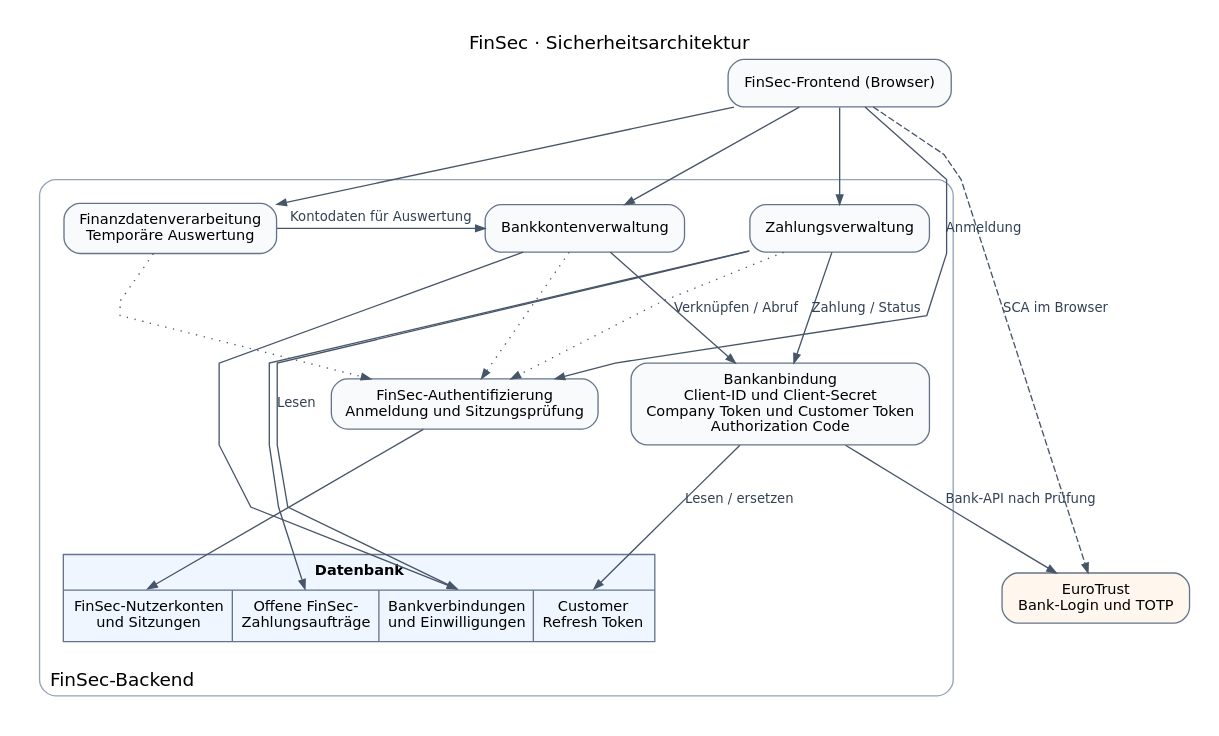
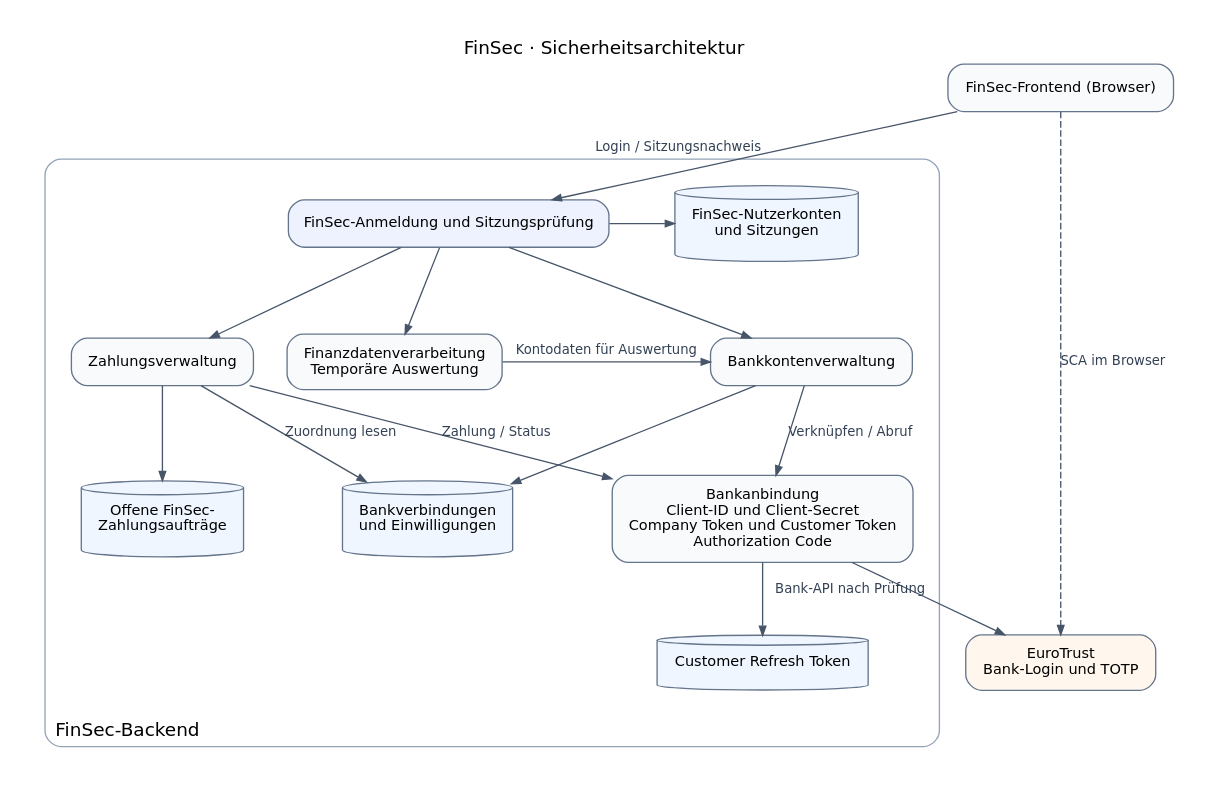
Before and after one commit to niklas9234/sichso_work: the diagram in docs/diagramme/3.1-security-architecture.dot, drawn with Graphviz. The commit also changed 5 other files, not shown here.

Commit message:
Simplify FinSec architecture layout and clarify session flow

```diff
--- a/docs/diagramme/3.1-security-architecture.dot
+++ b/docs/diagramme/3.1-security-architecture.dot
@@ -1,61 +1,50 @@
-digraph Security {
-    graph [rankdir=TB, splines=polyline, bgcolor="white", pad=0.2, nodesep=0.35, ranksep=1.0,
+digraph FinSec {
+    graph [rankdir=TB, splines=line, bgcolor="white", pad=0.25, nodesep=0.35, ranksep=0.75,
            fontname="DejaVu Sans", label="FinSec · Sicherheitsarchitektur", labelloc=t]
     node [shape=box, style="rounded,filled", fillcolor="#f8fafc", color="#64748b",
-          fontname="DejaVu Sans", fontsize=11, margin="0.16,0.10"]
+          fontname="DejaVu Sans", fontsize=11, margin="0.18,0.12"]
     edge [color="#475569", fontcolor="#334155", fontname="DejaVu Sans", fontsize=10, arrowsize=0.7]
 
     frontend [label="FinSec-Frontend (Browser)"]
     bank [label="EuroTrust\nBank-Login und TOTP", fillcolor="#fff7ed"]
 
     subgraph cluster_backend {
         label="FinSec-Backend"
+        labeljust=l
         labelloc=b
-        labeljust=l
         color="#94a3b8"
         style=rounded
-        margin=18
+        margin=20
 
-        auth [label="FinSec-Authentifizierung\nAnmeldung und Sitzungsprüfung"]
+        auth [label="FinSec-Anmeldung und Sitzungsprüfung", fillcolor="#eef2ff"]
+        analysis [label="Finanzdatenverarbeitung\nTemporäre Auswertung"]
         accounts [label="Bankkontenverwaltung"]
         payments [label="Zahlungsverwaltung"]
-        analysis [label="Finanzdatenverarbeitung\nTemporäre Auswertung"]
         adapter [label="Bankanbindung\nClient-ID und Client-Secret\nCompany Token und Customer Token\nAuthorization Code"]
 
-        database [shape=plain, label=<
-            <TABLE BORDER="1" CELLBORDER="0" CELLSPACING="0" CELLPADDING="7" COLOR="#64748b" BGCOLOR="#eff6ff">
-                <TR><TD COLSPAN="4"><B>Datenbank</B></TD></TR>
-                <HR/>
-                <TR>
-                    <TD PORT="login">FinSec-Nutzerkonten<BR/>und Sitzungen</TD><VR/>
-                    <TD PORT="orders">Offene FinSec-<BR/>Zahlungsaufträge</TD><VR/>
-                    <TD PORT="consents">Bankverbindungen<BR/>und Einwilligungen</TD><VR/>
-                    <TD PORT="refresh">Customer<BR/>Refresh Token</TD>
-                </TR>
-            </TABLE>
-        >]
+        subgraph {
+            node [shape=cylinder, style=filled, fillcolor="#eff6ff"]
+            login [label="FinSec-Nutzerkonten\nund Sitzungen"]
+            links [label="Bankverbindungen\nund Einwilligungen"]
+            orders [label="Offene FinSec-\nZahlungsaufträge"]
+            refresh [label="Customer Refresh Token"]
+        }
 
-        {rank=same; accounts; payments; analysis}
-        accounts -> payments [style=invis, weight=10]
-
-        accounts -> auth [style=dotted, constraint=false]
-        payments -> auth [style=dotted, constraint=false]
-        analysis -> auth [style=dotted, constraint=false]
+        {rank=same; login; auth}
+        {rank=same; analysis; accounts; payments}
+        {rank=same; links; adapter; orders}
+        auth -> login
+        auth -> {analysis accounts payments}
         analysis -> accounts [label="Kontodaten für Auswertung"]
-
+        accounts -> links
+        payments -> links [label="Zuordnung lesen"]
+        payments -> orders
         accounts -> adapter [label="Verknüpfen / Abruf"]
         payments -> adapter [label="Zahlung / Status"]
-        adapter -> database:refresh:n [label="Lesen / ersetzen"]
-        auth -> database:login:n
-        accounts -> database:consents:n
-        payments -> database:consents:n [label="Lesen"]
-        payments -> database:orders:n
+        adapter -> refresh
     }
 
-    frontend -> auth [label="Anmeldung"]
-    frontend -> accounts
-    frontend -> payments
-    frontend -> analysis
-    adapter -> bank [label="Bank-API nach Prüfung"]
-    frontend -> bank [label="SCA im Browser", style=dashed]
+    frontend -> auth [xlabel="Login / Sitzungsnachweis"]
+    adapter -> bank [xlabel="Bank-API nach Prüfung"]
+    frontend -> bank [label="SCA im Browser", style=dashed, weight=12]
 }
```
